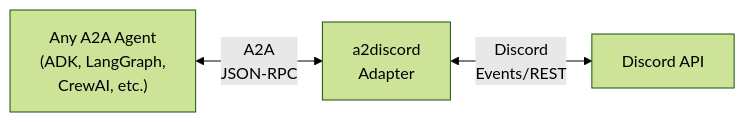
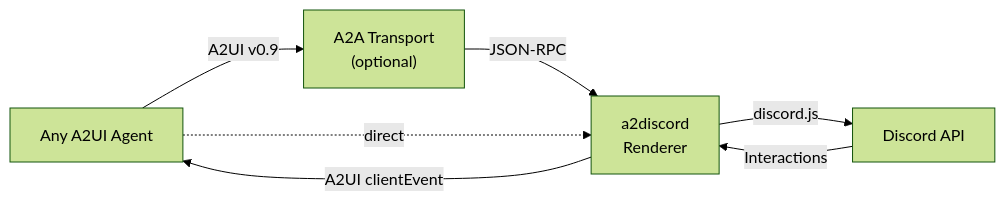
The diagram in README.md (zeroasterisk/a2discord), drawn with Mermaid (forest theme) before and after one commit. The commit also changed other lines of this file and 2 other files, not shown here.

````diff
--- a/README.md
+++ b/README.md
@@ -9,9 +79,14 @@
 ```mermaid
 graph LR
-    Agent["Any A2A Agent<br/>(ADK, LangGraph,<br/>CrewAI, etc.)"]
-    Adapter["a2discord<br/>Adapter"]
+    Agent["Any A2UI Agent"]
+    A2A["A2A Transport<br/>(optional)"]
+    Adapter["a2discord<br/>Renderer"]
     Discord["Discord API"]
 
-    Agent <-->|"A2A<br/>JSON-RPC"| Adapter
-    Adapter <-->|"Discord<br/>Events/REST"| Discord
+    Agent -->|"A2UI v0.9"| A2A
+    A2A -->|"JSON-RPC"| Adapter
+    Agent -.->|"direct"| Adapter
+    Adapter -->|"discord.js"| Discord
+    Discord -->|"Interactions"| Adapter
+    Adapter -->|"A2UI clientEvent"| Agent
 ```
````
